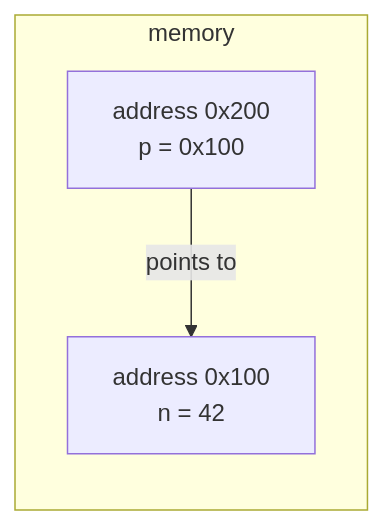
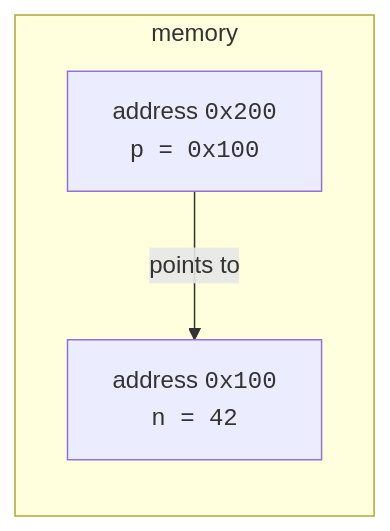
One commit to dataslope/dataslope changed the diagram in content/learn/c-programming-for-beginners/pointers.mdx. Above: the diagram before and after it, drawn with Mermaid. The commit also changed 100 other files, not shown here.

First line of the commit message:
Wrap more code in diagram labels: filenames, hex, assignments, subgraph titles

````diff
--- a/content/learn/c-programming-for-beginners/pointers.mdx
+++ b/content/learn/c-programming-for-beginners/pointers.mdx
@@ -26,8 +26,8 @@
 ```mermaid
 flowchart LR
     subgraph memory
-      N["address 0x100<br/>n = 42"]
-      P["address 0x200<br/>p = 0x100"]
+      N["address <code>0x100</code><br/><code>n = 42</code>"]
+      P["address <code>0x200</code><br/><code>p = 0x100</code>"]
     end
     P -->|points to| N
 ```
````
